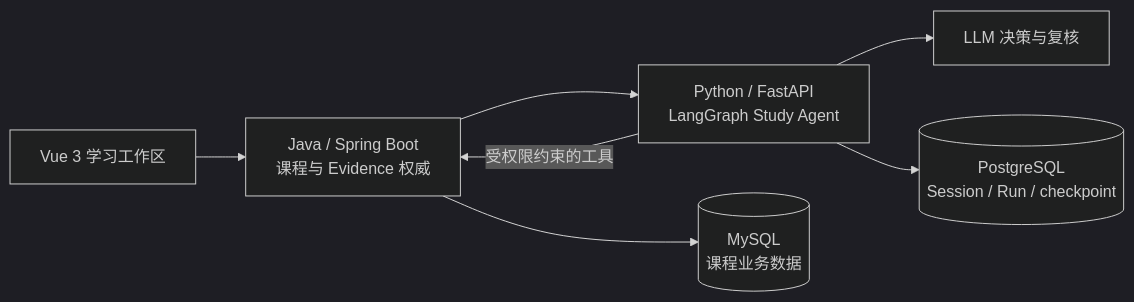
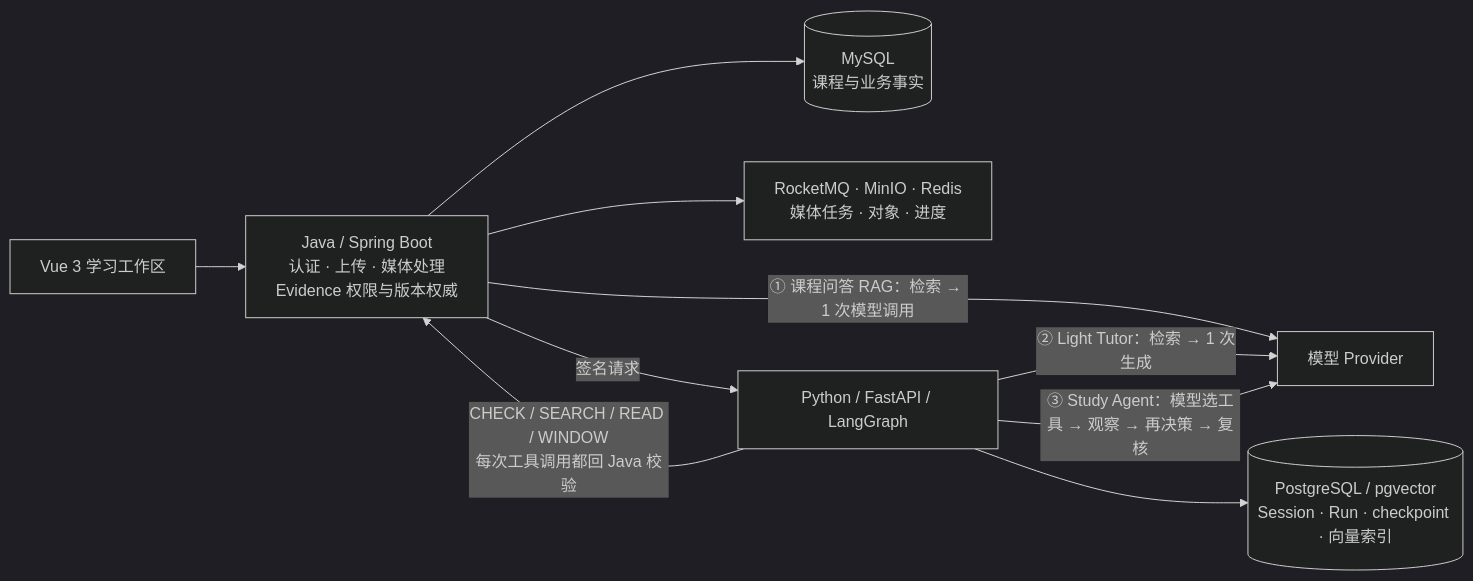
Before and after one commit to a27497/lecturelens: the diagram in README.md, drawn with Mermaid (dark theme). The commit also changed other lines of this file and 21 other files, not shown here.

````diff
--- a/README.md
+++ b/README.md
@@ -89,9 +22,13 @@
 ```mermaid
 flowchart LR
-    U["Vue 3 学习工作区"] --> J["Java / Spring Boot\n课程与 Evidence 权威"]
-    J --> A["Python / FastAPI\nLangGraph Study Agent"]
-    A -->|受权限约束的工具| J
-    A --> M["LLM 决策与复核"]
-    J --> D[("MySQL\n课程业务数据")]
-    A --> P[("PostgreSQL\nSession / Run / checkpoint")]
+    U["Vue 3 学习工作区"] --> J["Java / Spring Boot<br/>认证 · 上传 · 媒体处理<br/>Evidence 权限与版本权威"]
+    J --> MY[("MySQL<br/>课程与业务事实")]
+    J --> MQ["RocketMQ · MinIO · Redis<br/>媒体任务 · 对象 · 进度"]
+
+    J -->|"① 课程问答 RAG：检索 → 1 次模型调用"| LLM["模型 Provider"]
+    J -->|签名请求| A["Python / FastAPI / LangGraph"]
+    A -->|"② Light Tutor：检索 → 1 次生成"| LLM
+    A -->|"③ Study Agent：模型选工具 → 观察 → 再决策 → 复核"| LLM
+    A -->|"CHECK / SEARCH / READ / WINDOW<br/>每次工具调用都回 Java 校验"| J
+    A --> PG[("PostgreSQL / pgvector<br/>Session · Run · checkpoint · 向量索引")]
 ```
````
